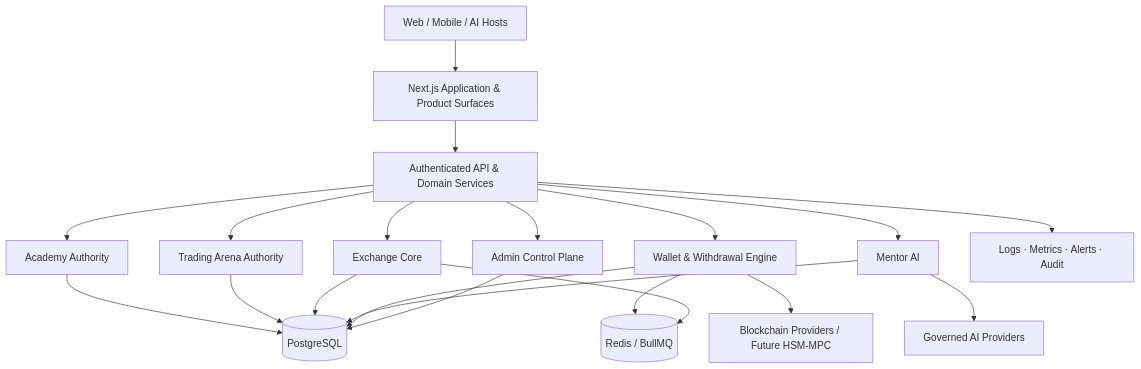
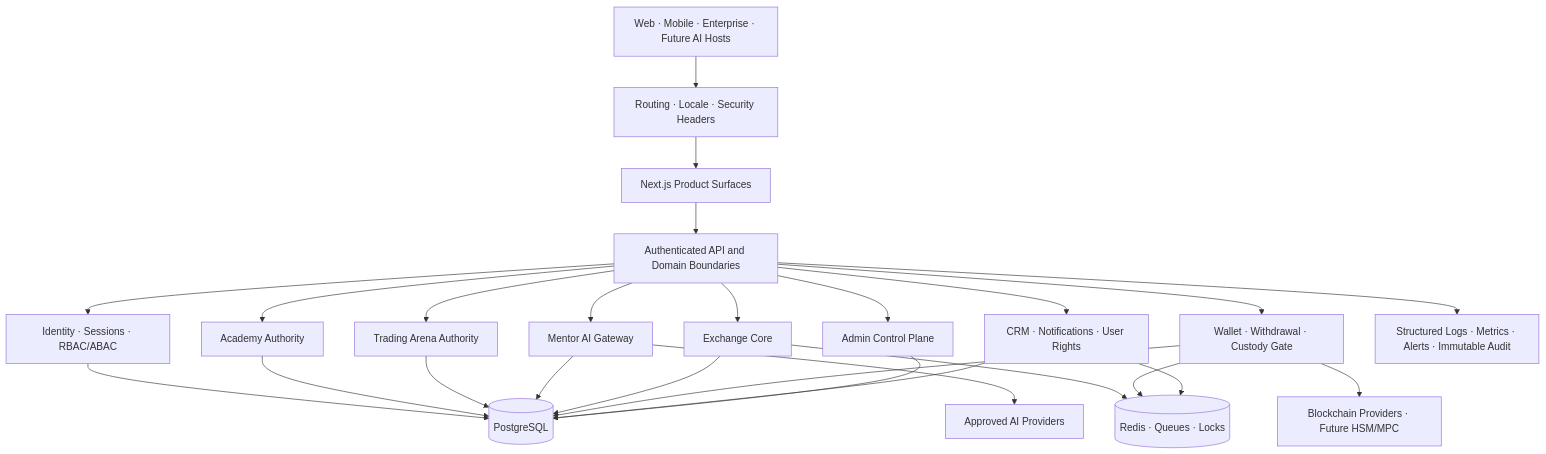
The diagram in README.md (tecpey/Tecpey-Os), drawn with Mermaid before and after one commit. The commit also changed other lines of this file, not shown here.

Commit message:
docs(readme): rebuild world-class engineering and product entry point

````diff
--- a/README.md
+++ b/README.md
@@ -96,25 +203,32 @@
 ```mermaid
 flowchart TB
-    U[Web / Mobile / AI Hosts] --> APP[Next.js Application & Product Surfaces]
-    APP --> API[Authenticated API & Domain Services]
+    U[Web · Mobile · Enterprise · Future AI Hosts] --> EDGE[Routing · Locale · Security Headers]
+    EDGE --> APP[Next.js Product Surfaces]
+    APP --> API[Authenticated API and Domain Boundaries]
 
-    API --> ACADEMY[Academy Authority]
+    API --> ID[Identity · Sessions · RBAC/ABAC]
+    API --> ACA[Academy Authority]
     API --> ARENA[Trading Arena Authority]
-    API --> EXCHANGE[Exchange Core]
-    API --> WALLET[Wallet & Withdrawal Engine]
-    API --> MENTOR[Mentor AI]
+    API --> MENTOR[Mentor AI Gateway]
+    API --> EX[Exchange Core]
+    API --> WALLET[Wallet · Withdrawal · Custody Gate]
+    API --> CRM[CRM · Notifications · User Rights]
     API --> ADMIN[Admin Control Plane]
 
-    ACADEMY --> PG[(PostgreSQL)]
+    ID --> PG[(PostgreSQL)]
+    ACA --> PG
     ARENA --> PG
-    EXCHANGE --> PG
+    MENTOR --> PG
+    EX --> PG
     WALLET --> PG
-    MENTOR --> PG
+    CRM --> PG
     ADMIN --> PG
 
-    WALLET --> REDIS[(Redis / BullMQ)]
-    EXCHANGE --> REDIS
-    API --> OBS[Logs · Metrics · Alerts · Audit]
-    WALLET --> CHAINS[Blockchain Providers / Future HSM-MPC]
-    MENTOR --> AI[Governed AI Providers]
+    EX --> REDIS[(Redis · Queues · Locks)]
+    WALLET --> REDIS
+    CRM --> REDIS
+
+    MENTOR --> AIP[Approved AI Providers]
+    WALLET --> CHAINS[Blockchain Providers · Future HSM/MPC]
+    API --> OBS[Structured Logs · Metrics · Alerts · Immutable Audit]
 ```
````
